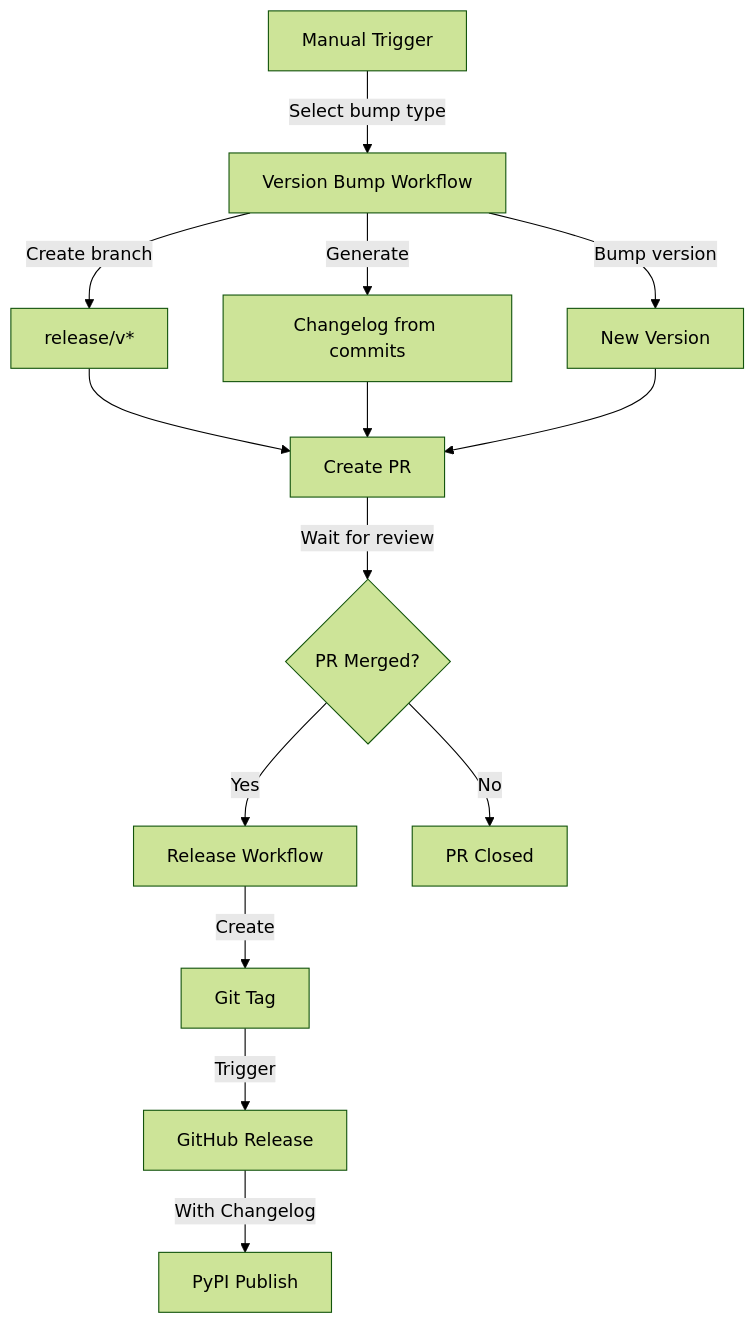
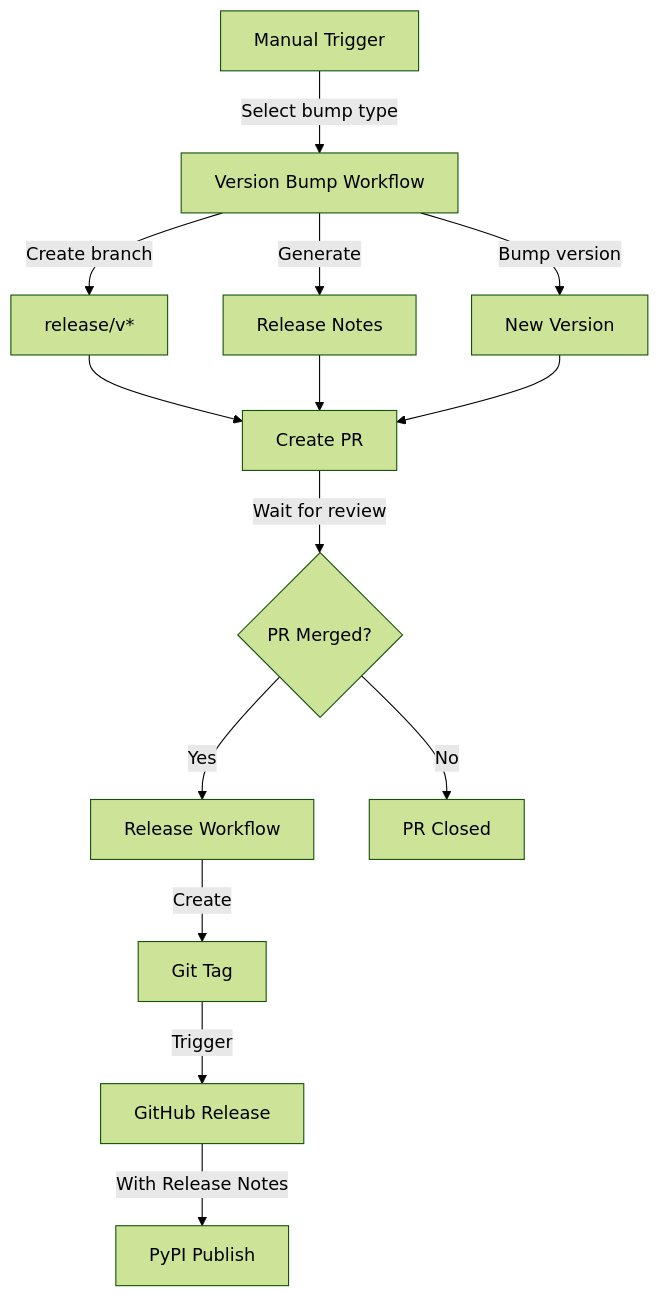
The diagram in .github/workflows/README.md (OpenJKSoftware/typer-common-functions), drawn with Mermaid (forest theme) before and after one commit. The commit also changed other lines of this file and 2 other files, not shown here.

Commit message:
🔧 Refactor release notes generation and workflow documentation

````diff
--- a/.github/workflows/README.md
+++ b/.github/workflows/README.md
@@ -22,14 +22,14 @@
 ```mermaid
 flowchart TD
     A[Manual Trigger] -->|Select bump type| B[Version Bump Workflow]
     B -->|Create branch| C[release/v*]
-    B -->|Generate| D[Changelog from commits]
+    B -->|Generate| D[Release Notes]
     B -->|Bump version| E[New Version]
     C & D & E --> F[Create PR]
     F -->|Wait for review| G{PR Merged?}
     G -->|Yes| H[Release Workflow]
     H -->|Create| I[Git Tag]
     I -->|Trigger| J[GitHub Release]
-    J -->|With Changelog| K[PyPI Publish]
+    J -->|With Release Notes| K[PyPI Publish]
     G -->|No| L[PR Closed]
 ```
````
